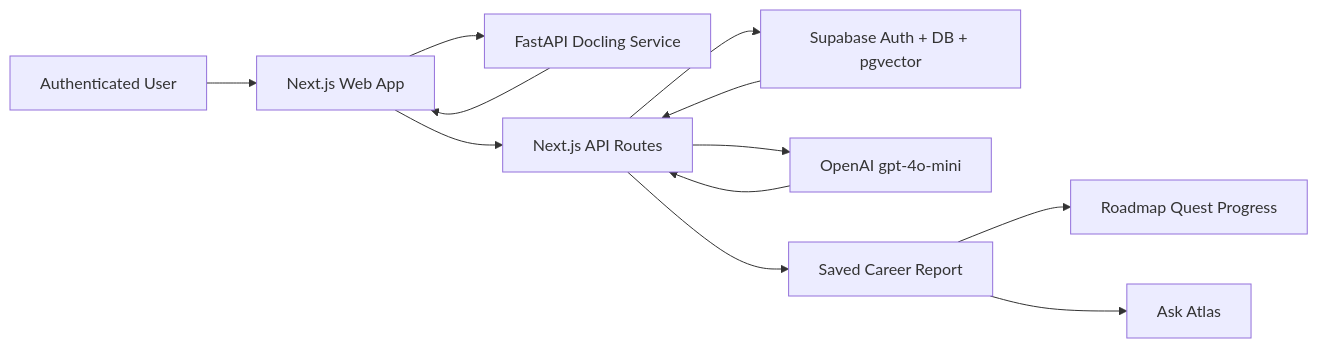
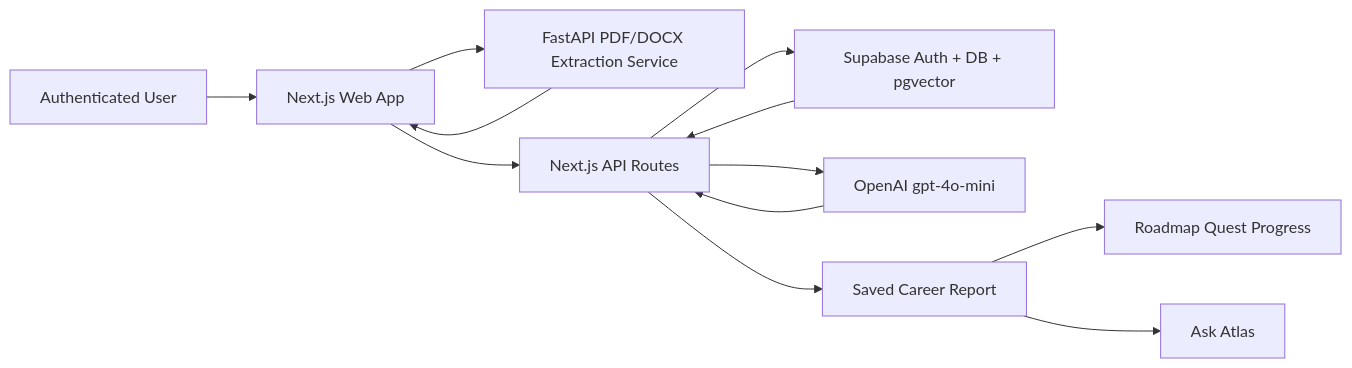
The diagram in docs/architecture/system-overview.md (jacobvillar/atlas), drawn with Mermaid before and after one commit. The commit also changed other lines of this file and 34 other files, not shown here.

````diff
--- a/docs/architecture/system-overview.md
+++ b/docs/architecture/system-overview.md
@@ -5,14 +5,14 @@
 ```mermaid
 flowchart LR
   User["Authenticated User"] --> UI["Next.js Web App"]
-  UI --> DocSvc["FastAPI Docling Service"]
+  UI --> DocSvc["FastAPI PDF/DOCX Extraction Service"]
   DocSvc --> UI
   UI --> API["Next.js API Routes"]
   API --> Supabase["Supabase Auth + DB + pgvector"]
   API --> OpenAI["OpenAI gpt-4o-mini"]
   Supabase --> API
   OpenAI --> API
   API --> Report["Saved Career Report"]
   Report --> Quests["Roadmap Quest Progress"]
   Report --> Ask["Ask Atlas"]
 ```
````
